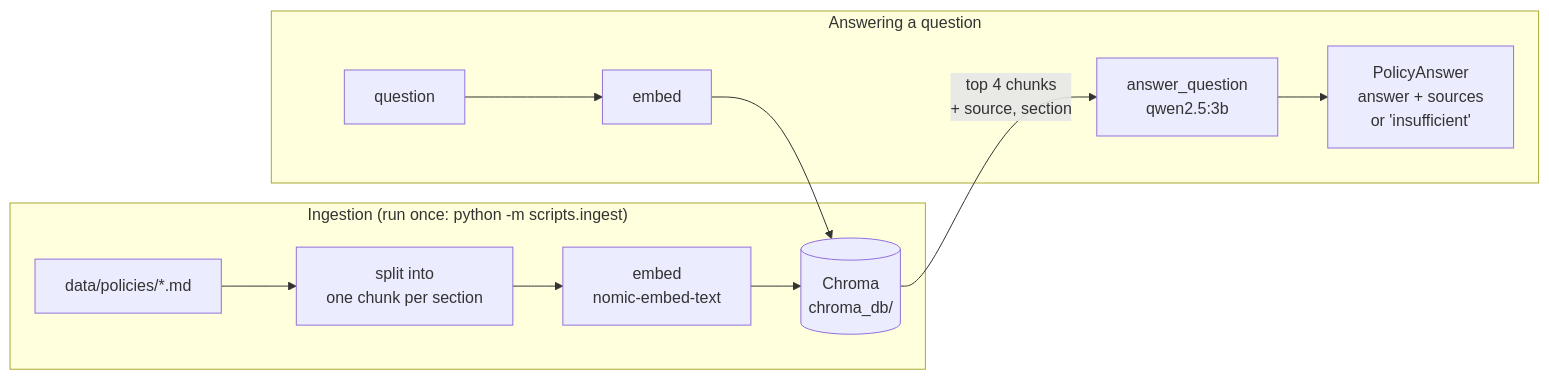
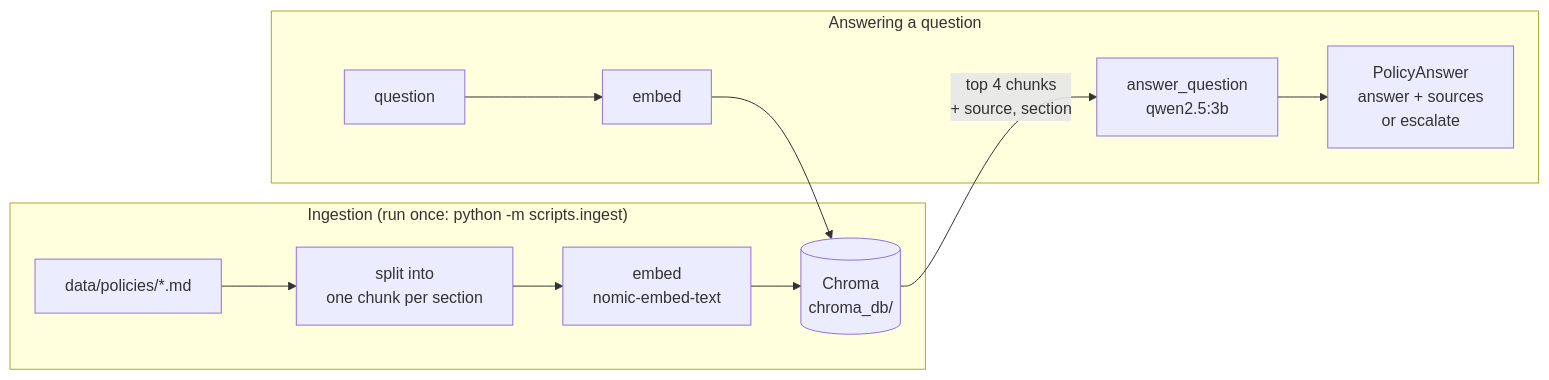
The second of 2 diagrams in README.md (hmadhe/agentic-customer-support), drawn with Mermaid before and after one commit. The commit also changed other lines of this file, not shown here.

````diff
--- a/README.md
+++ b/README.md
@@ -131,13 +190,13 @@
 ```mermaid
 flowchart LR
     subgraph Ingestion["Ingestion (run once: python -m scripts.ingest)"]
         D[data/policies/*.md] --> S[split into<br/>one chunk per section]
         S --> E1[embed<br/>nomic-embed-text]
         E1 --> V[(Chroma<br/>chroma_db/)]
     end
     subgraph Answering["Answering a question"]
         Q[question] --> E2[embed] --> V
         V -->|top 4 chunks<br/>+ source, section| A[answer_question<br/>qwen2.5:3b]
-        A --> O[PolicyAnswer<br/>answer + sources<br/>or 'insufficient']
+        A --> O[PolicyAnswer<br/>answer + sources<br/>or escalate]
     end
 ```
````
